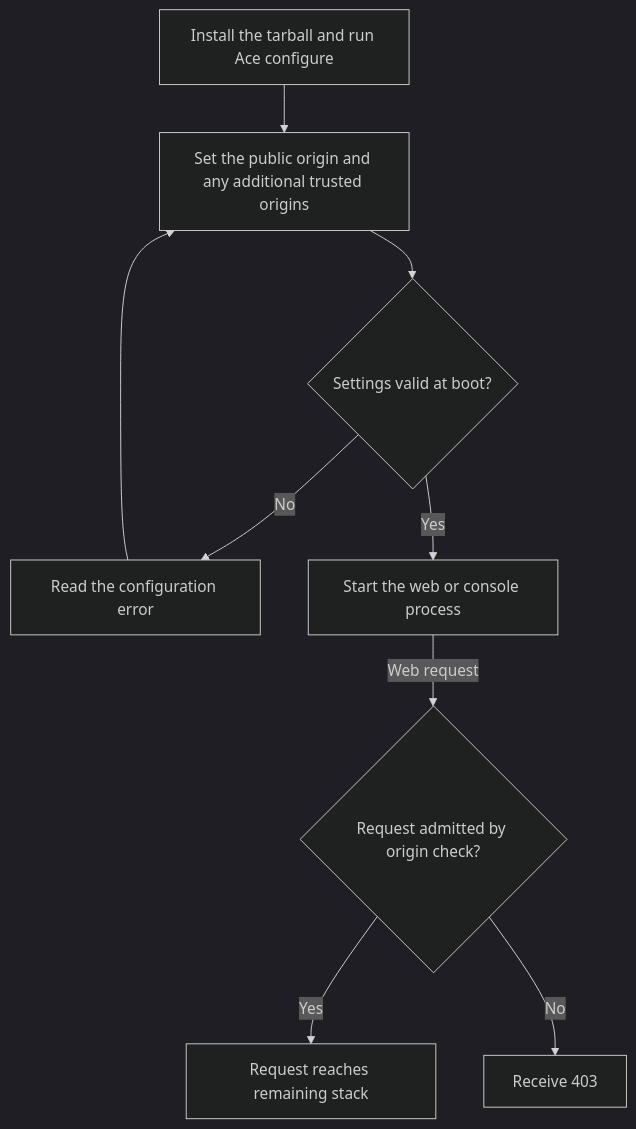
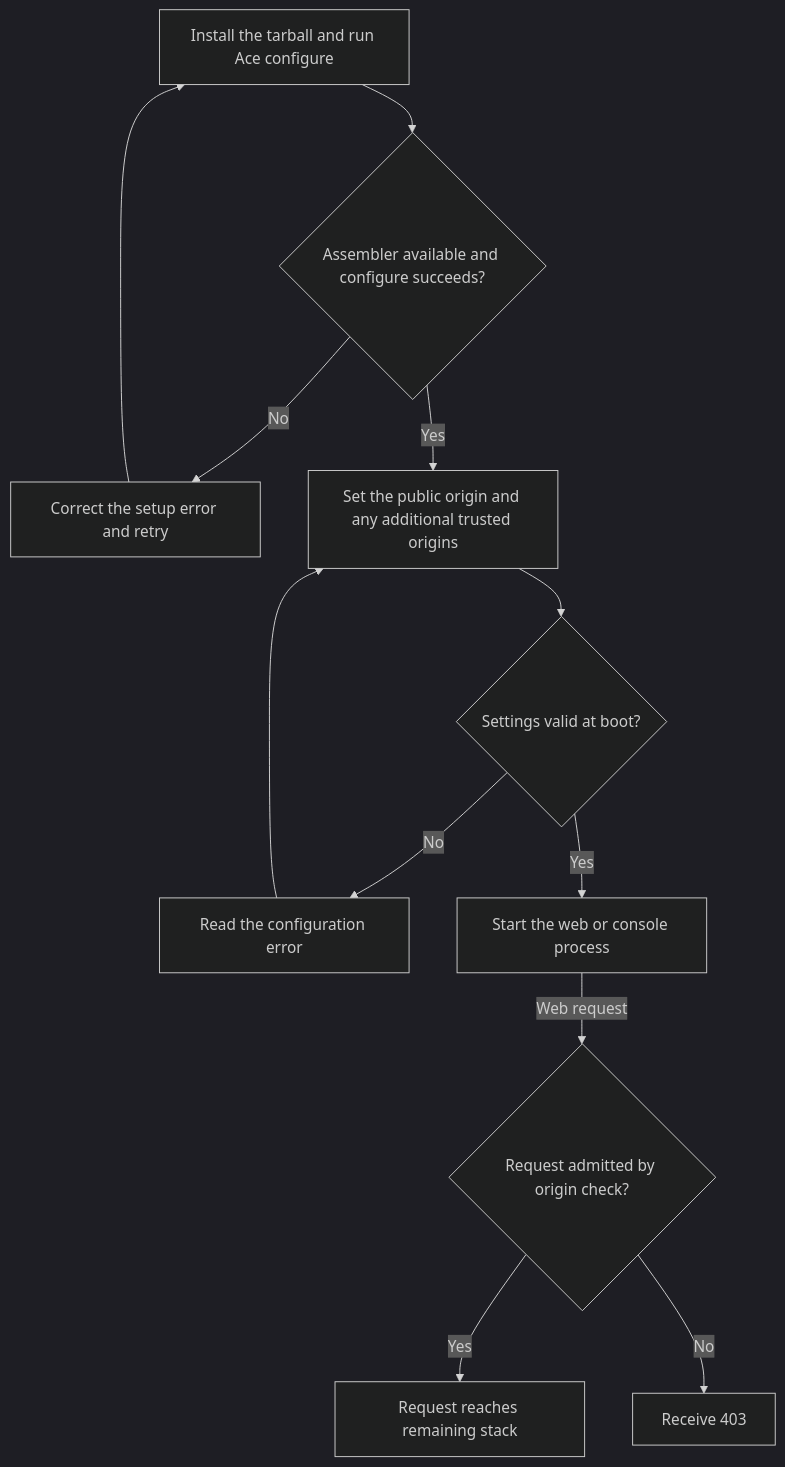
One commit to Kevinjohn/oss-adonisjs-origin-guard changed the first of 2 diagrams in user-stories/US-ORIGIN-05-install-and-start.md. Above: the diagram before and after it, drawn with Mermaid (dark theme). The commit also changed other lines of this file and 1 other file, not shown here.

Commit message:
docs: clarify origin guard setup and refusal paths

````diff
--- a/user-stories/US-ORIGIN-05-install-and-start.md
+++ b/user-stories/US-ORIGIN-05-install-and-start.md
@@ -26,11 +28,14 @@
 ```mermaid
 flowchart TD
-    A["Install the tarball and run Ace configure"] --> S["Set the public origin and any additional trusted origins"]
+    A["Install the tarball and run Ace configure"] --> K{"Assembler available and configure succeeds?"}
+    K -->|No| L["Correct the setup error and retry"]
+    L --> A
+    K -->|Yes| S["Set the public origin and any additional trusted origins"]
     S --> B{"Settings valid at boot?"}
     B -->|No| C["Read the configuration error"]
     C --> S
     B -->|Yes| D["Start the web or console process"]
     D -->|Web request| E{"Request admitted by origin check?"}
     E -->|Yes| F["Request reaches remaining stack"]
     E -->|No| G["Receive 403"]
 ```
````
